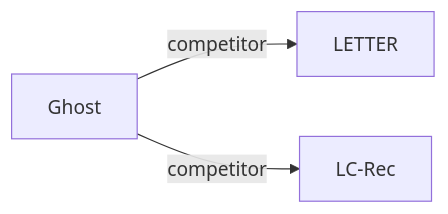
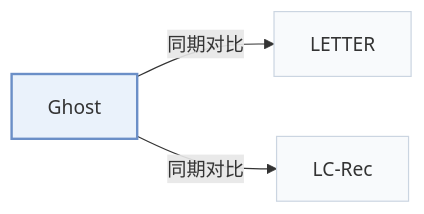
The second of 2 diagrams in pages/zh/papers/ghost.md (Galaxy-ghost/Awesome-SID-Generative-Rec), drawn with Mermaid before and after one commit. The commit also changed other lines of this file and 649 other files, not shown here.

Commit message:
writer-05: also tags and modality index (schema, check, build, visuals); summary field removed; calibration data for 12 papers

````diff
--- a/pages/zh/papers/ghost.md
+++ b/pages/zh/papers/ghost.md
@@ -69,6 +73,10 @@
 ```mermaid
 flowchart LR
     P["Ghost"]
-    P -->|competitor| A["LETTER"]
-    P -->|competitor| B["LC-Rec"]
+    P -->|"同期对比"| A["LETTER"]
+    P -->|"同期对比"| B["LC-Rec"]
+    classDef main fill:#eaf2fb,stroke:#6b8fc7,stroke-width:2px
+    classDef peer fill:#f8fafc,stroke:#cbd5e1
+    class P main
+    class A,B peer
 ```
````
